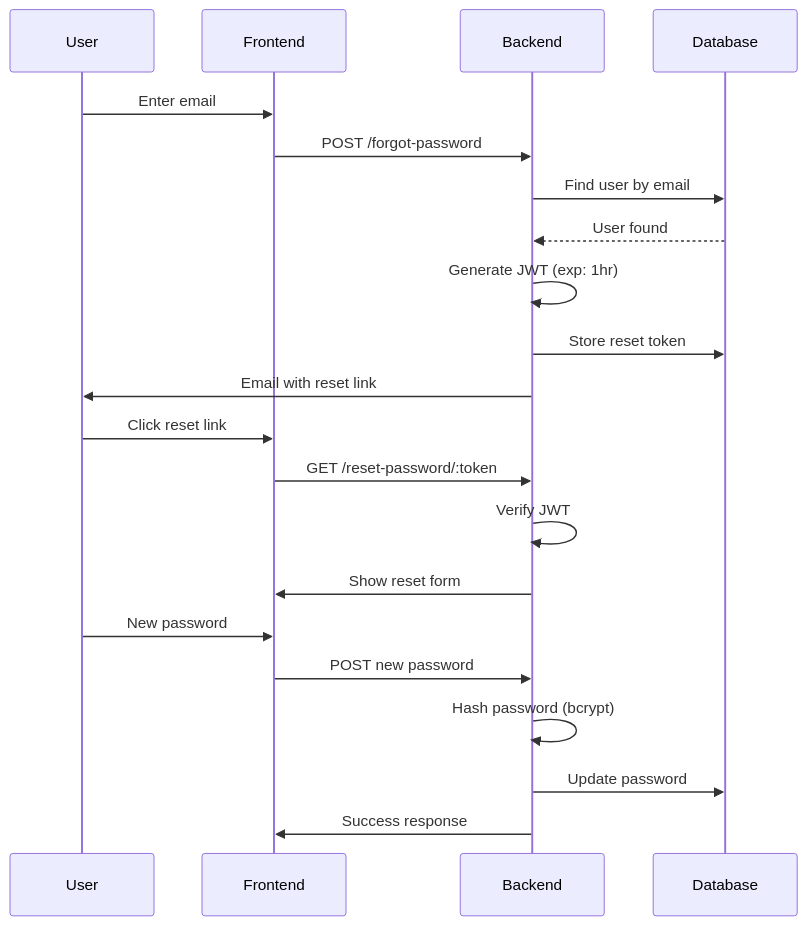
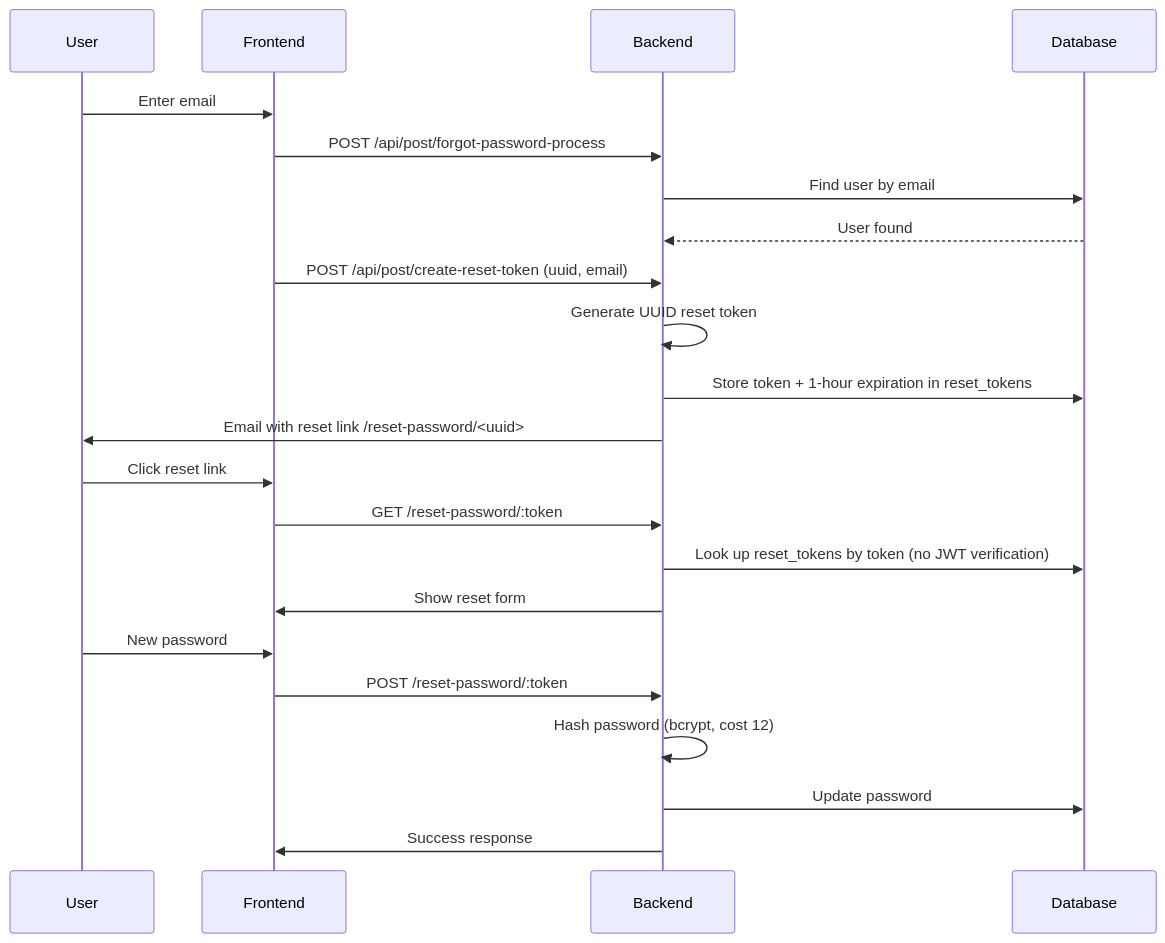
One commit to sirexlangnmn/all-world-trade-v11 changed the seventh of 17 diagrams in README.md. Above: the diagram before and after it, drawn with Mermaid. The commit also changed other lines of this file and 9 other files, not shown here.

Commit message:
004-Password-Embedded-in-JWT-Reset-Token

````diff
--- a/README.md
+++ b/README.md
@@ -819,24 +819,25 @@
 ```mermaid
 sequenceDiagram
     participant User
     participant Frontend
     participant Backend
     participant Database
 
     User->>Frontend: Enter email
-    Frontend->>Backend: POST /forgot-password
+    Frontend->>Backend: POST /api/post/forgot-password-process
     Backend->>Database: Find user by email
     Database-->>Backend: User found
-    Backend->>Backend: Generate JWT (exp: 1hr)
-    Backend->>Database: Store reset token
-    Backend->>User: Email with reset link
+    Frontend->>Backend: POST /api/post/create-reset-token (uuid, email)
+    Backend->>Backend: Generate UUID reset token
+    Backend->>Database: Store token + 1-hour expiration in reset_tokens
+    Backend->>User: Email with reset link /reset-password/<uuid>
     User->>Frontend: Click reset link
     Frontend->>Backend: GET /reset-password/:token
-    Backend->>Backend: Verify JWT
+    Backend->>Database: Look up reset_tokens by token (no JWT verification)
     Backend->>Frontend: Show reset form
     User->>Frontend: New password
-    Frontend->>Backend: POST new password
-    Backend->>Backend: Hash password (bcrypt)
+    Frontend->>Backend: POST /reset-password/:token
+    Backend->>Backend: Hash password (bcrypt, cost 12)
     Backend->>Database: Update password
     Backend->>Frontend: Success response
 ```
````
